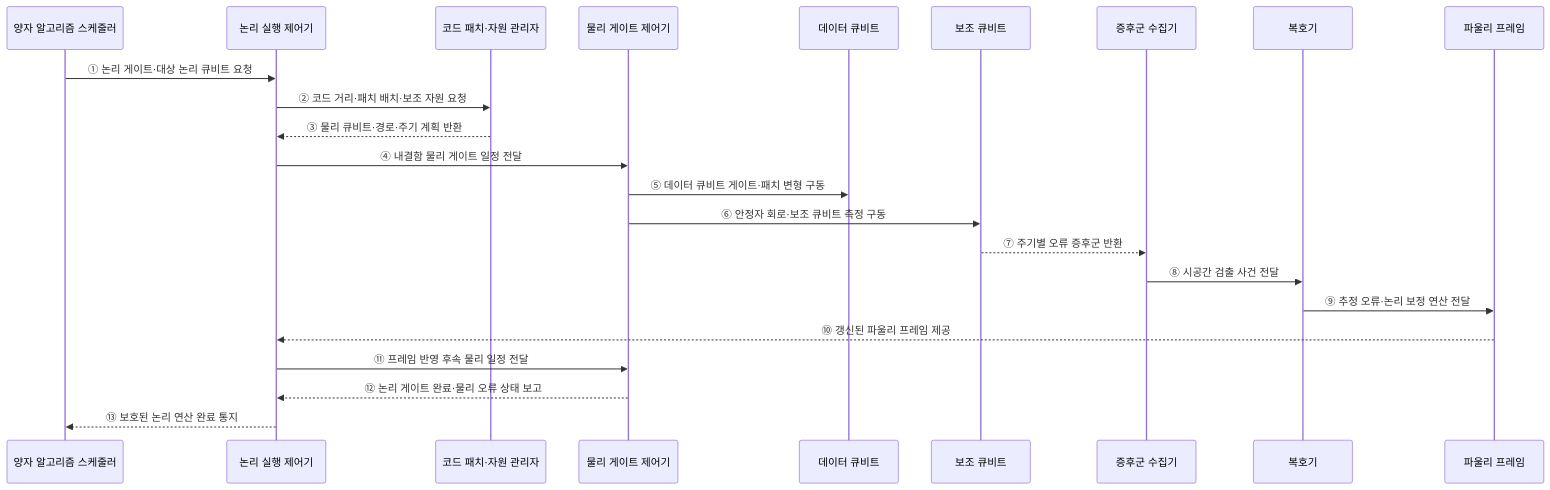
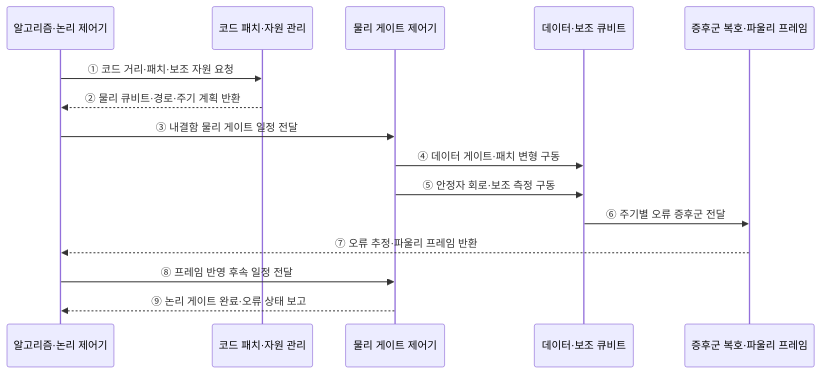
One commit to agnusdei1207/knowledge-base changed the second of 2 diagrams in src/content/docs/notes/02-hardware/075_logical_vs_physical_qubit.md. Above: the diagram before and after it, drawn with Mermaid. The commit also changed other lines of this file and 20 other files, not shown here.

````diff
--- a/src/content/docs/notes/02-hardware/075_logical_vs_physical_qubit.md
+++ b/src/content/docs/notes/02-hardware/075_logical_vs_physical_qubit.md
@@ -85,26 +75,18 @@
 ```mermaid
 sequenceDiagram
-    participant A as 양자 알고리즘 스케줄러
-    participant L as 논리 실행 제어기
-    participant P as 코드 패치·자원 관리자
+    participant A as 알고리즘·논리 제어기
+    participant P as 코드 패치·자원 관리
     participant C as 물리 게이트 제어기
-    participant D as 데이터 큐비트
-    participant N as 보조 큐비트
-    participant S as 증후군 수집기
-    participant R as 복호기
-    participant F as 파울리 프레임
+    participant Q as 데이터·보조 큐비트
+    participant R as 증후군 복호·파울리 프레임
 
-    A->>L: ① 논리 게이트·대상 논리 큐비트 요청
-    L->>P: ② 코드 거리·패치 배치·보조 자원 요청
-    P-->>L: ③ 물리 큐비트·경로·주기 계획 반환
-    L->>C: ④ 내결함 물리 게이트 일정 전달
-    C->>D: ⑤ 데이터 큐비트 게이트·패치 변형 구동
-    C->>N: ⑥ 안정자 회로·보조 큐비트 측정 구동
-    N-->>S: ⑦ 주기별 오류 증후군 반환
-    S->>R: ⑧ 시공간 검출 사건 전달
-    R->>F: ⑨ 추정 오류·논리 보정 연산 전달
-    F-->>L: ⑩ 갱신된 파울리 프레임 제공
-    L->>C: ⑪ 프레임 반영 후속 물리 일정 전달
-    C-->>L: ⑫ 논리 게이트 완료·물리 오류 상태 보고
-    L-->>A: ⑬ 보호된 논리 연산 완료 통지
+    A->>P: ① 코드 거리·패치·보조 자원 요청
+    P-->>A: ② 물리 큐비트·경로·주기 계획 반환
+    A->>C: ③ 내결함 물리 게이트 일정 전달
+    C->>Q: ④ 데이터 게이트·패치 변형 구동
+    C->>Q: ⑤ 안정자 회로·보조 측정 구동
+    Q->>R: ⑥ 주기별 오류 증후군 전달
+    R-->>A: ⑦ 오류 추정·파울리 프레임 반환
+    A->>C: ⑧ 프레임 반영 후속 일정 전달
+    C-->>A: ⑨ 논리 게이트 완료·오류 상태 보고
 ```
````
